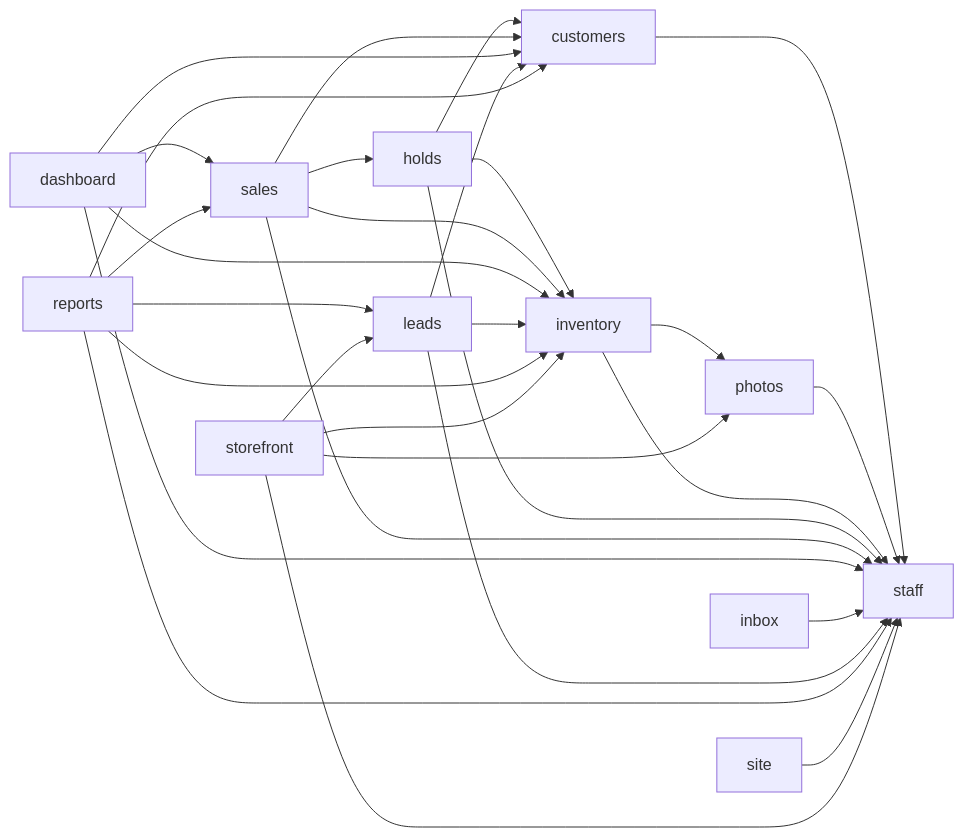
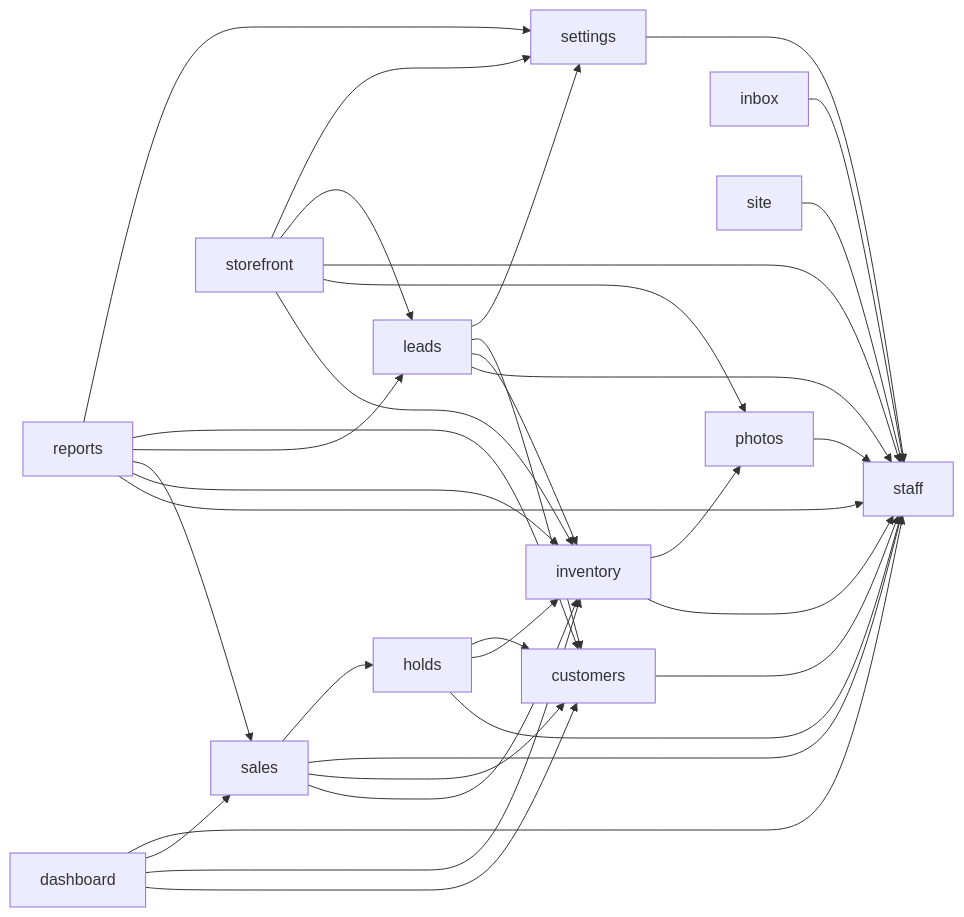
Before and after one commit to Ignibyte/aic-demo: the diagram in docs/wiki/README.md, drawn with Mermaid. The commit also changed other lines of this file and 153 other files, not shown here.

First line of the commit message:
feat(settings): the dealership profile and staff admin (#22) (#26)

````diff
--- a/docs/wiki/README.md
+++ b/docs/wiki/README.md
@@ -79,33 +80,37 @@
 ```mermaid
 graph LR
     staff
     customers --> staff
     photos --> staff
     inventory --> staff
     inventory --> photos
     holds --> staff
     holds --> inventory
     holds --> customers
     sales --> inventory
     sales --> customers
     sales --> staff
     sales --> holds
     dashboard --> customers
     dashboard --> inventory
     dashboard --> sales
     dashboard --> staff
     inbox --> staff
+    settings --> staff
     leads --> staff
     leads --> inventory
     leads --> customers
+    leads --> settings
     reports --> staff
     reports --> inventory
     reports --> sales
     reports --> leads
     reports --> customers
+    reports --> settings
     site --> staff
     storefront --> inventory
     storefront --> photos
     storefront --> staff
     storefront --> leads
+    storefront --> settings
 ```
````
